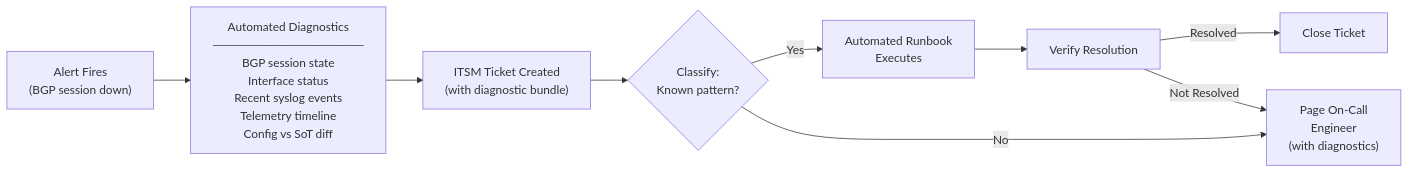
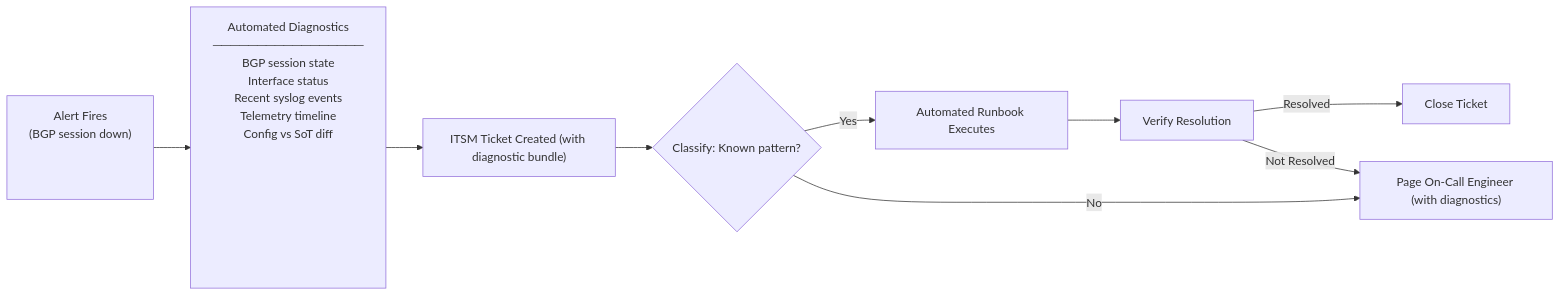
The third of 4 diagrams in 08-operations-automation/chapter.md (ppklau/network_automation_handbook), drawn with Mermaid before and after one commit. The commit also changed other lines of this file and 12 other files, not shown here.

Commit message:
Adjusted mermaid diagrams.

````diff
--- a/08-operations-automation/chapter.md
+++ b/08-operations-automation/chapter.md
@@ -201,11 +201,11 @@
 ```mermaid
 graph LR
-    ALERT["Alert Fires<br>(BGP session down)"] --> DIAG["Automated Diagnostics<br>─────────────────<br>BGP session state<br>Interface status<br>Recent syslog events<br>Telemetry timeline<br>Config vs SoT diff"]
-    DIAG --> TICKET["ITSM Ticket Created<br>(with diagnostic bundle)"]
-    TICKET --> CLASSIFY{"Classify:<br>Known pattern?"}
-    CLASSIFY -->|"Yes"| AUTO["Automated Runbook<br>Executes"]
-    CLASSIFY -->|"No"| PAGE["Page On-Call<br>Engineer<br>(with diagnostics)"]
+    ALERT["<div style='min-height:110px'>Alert Fires<br>(BGP session down)</div>"] --> DIAG["<div style='min-height:350px'>Automated Diagnostics<br>─────────────────<br>BGP session state<br>Interface status<br>Recent syslog events<br>Telemetry timeline<br>Config vs SoT diff</div>"]
+    DIAG --> TICKET["ITSM Ticket Created (with diagnostic bundle)"]
+    TICKET --> CLASSIFY{"Classify: Known pattern?"}
+    CLASSIFY -->|"Yes"| AUTO["Automated Runbook Executes"]
+    CLASSIFY -->|"No"| PAGE["Page On-Call Engineer (with diagnostics)"]
     AUTO --> VERIFY["Verify Resolution"]
     VERIFY -->|"Resolved"| CLOSE["Close Ticket"]
     VERIFY -->|"Not Resolved"| PAGE
 ```
````
